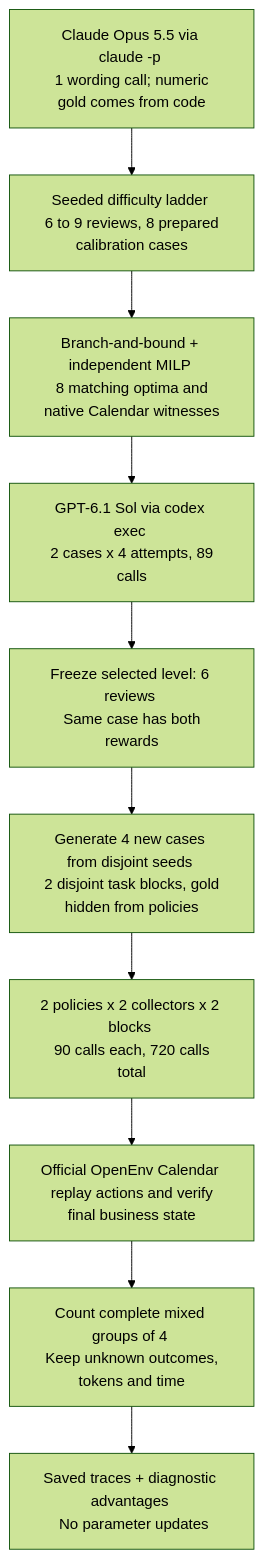
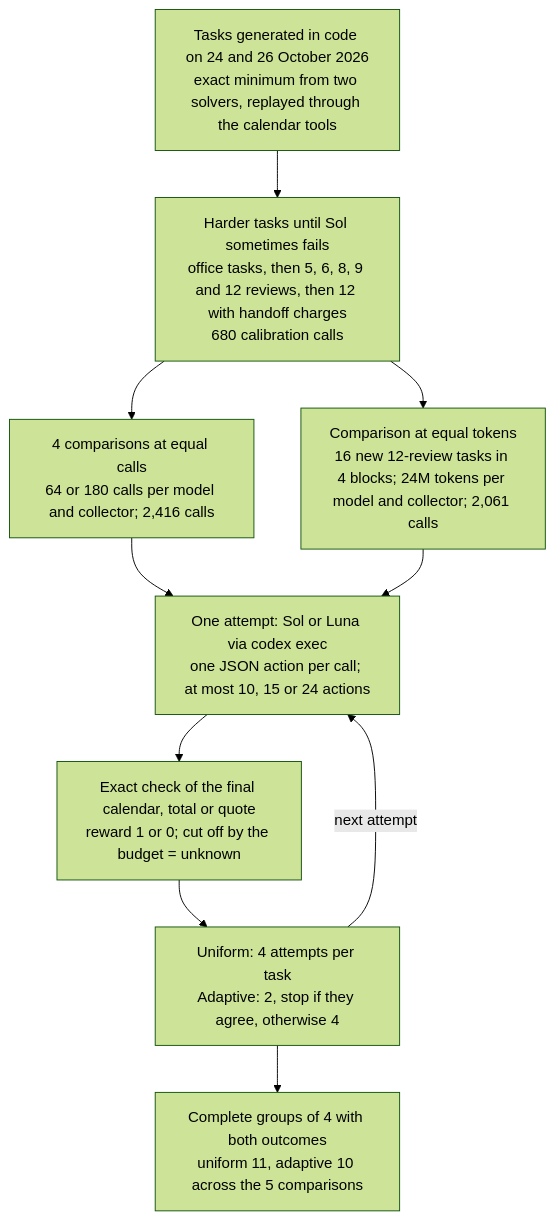
The first of 2 diagrams in notebooks/27-adaptive-knowledge-rollouts/README.md (k-sandhu/experiment-notebooks), drawn with Mermaid (forest theme) before and after one commit. The commit also changed other lines of this file and 3 other files, not shown here.

````diff
--- a/notebooks/27-adaptive-knowledge-rollouts/README.md
+++ b/notebooks/27-adaptive-knowledge-rollouts/README.md
@@ -532,12 +64,12 @@
 ```mermaid
 flowchart TD
-  wording["Claude Opus 5.5 via claude -p <br/> 1 wording call; numeric gold comes from code"] --> ladder
-  ladder["Seeded difficulty ladder <br/> 6 to 9 reviews, 8 prepared calibration cases"] --> check["Branch-and-bound + independent MILP <br/> 8 matching optima and native Calendar witnesses"]
-  check --> pilot["GPT-6.1 Sol via codex exec <br/> 2 cases x 4 attempts, 89 calls"]
-  pilot --> select["Freeze selected level: 6 reviews <br/> Same case has both rewards"]
-  select --> fresh["Generate 4 new cases from disjoint seeds <br/> 2 disjoint task blocks, gold hidden from policies"]
-  fresh --> run["2 policies x 2 collectors x 2 blocks <br/> 90 calls each, 720 calls total"]
-  run --> score["Official OpenEnv Calendar <br/> replay actions and verify final business state"]
-  score --> yield["Count complete mixed groups of 4 <br/> Keep unknown outcomes, tokens and time"]
-  yield --> stop["Saved traces + diagnostic advantages <br/> No parameter updates"]
+    gen["Tasks generated in code on 24 and 26 October 2026<br/>exact minimum from two solvers, replayed through the calendar tools"] --> ladder
+    ladder["Harder tasks until Sol sometimes fails<br/>office tasks, then 5, 6, 8, 9 and 12 reviews, then 12 with handoff charges<br/>680 calibration calls"] --> calls
+    ladder --> tokens
+    calls["4 comparisons at equal calls<br/>64 or 180 calls per model and collector; 2,416 calls"] --> attempt
+    tokens["Comparison at equal tokens<br/>16 new 12-review tasks in 4 blocks; 24M tokens per model and collector; 2,061 calls"] --> attempt
+    attempt["One attempt: Sol or Luna via codex exec<br/>one JSON action per call; at most 10, 15 or 24 actions"] --> check
+    check["Exact check of the final calendar, total or quote<br/>reward 1 or 0; cut off by the budget = unknown"] --> collector
+    collector["Uniform: 4 attempts per task<br/>Adaptive: 2, stop if they agree, otherwise 4"] -->|"next attempt"| attempt
+    collector --> count["Complete groups of 4 with both outcomes<br/>uniform 11, adaptive 10 across the 5 comparisons"]
 ```
````
